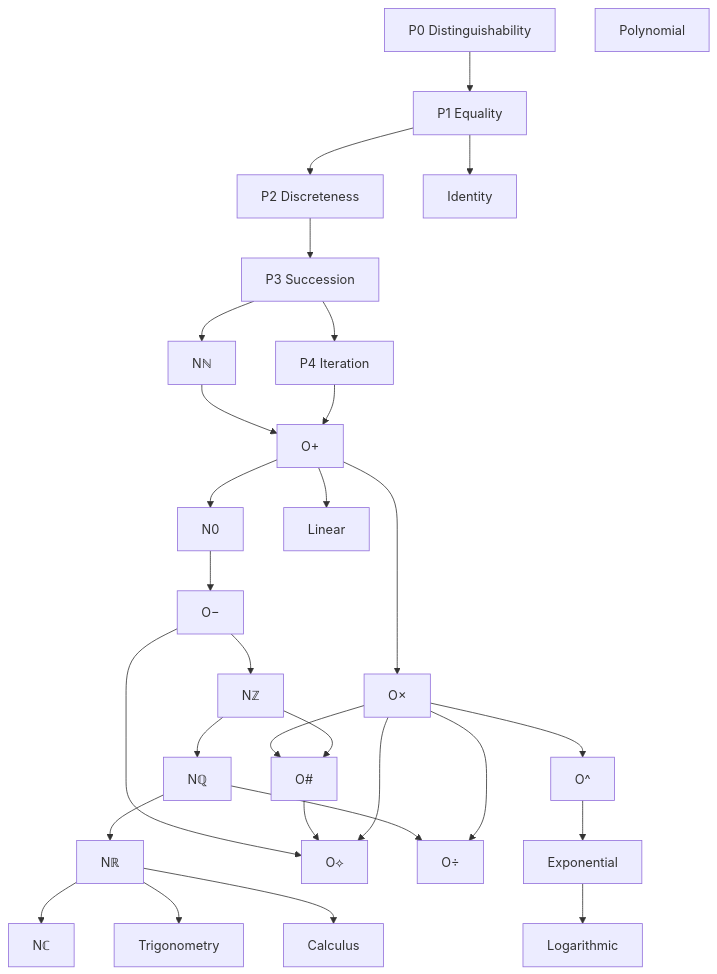
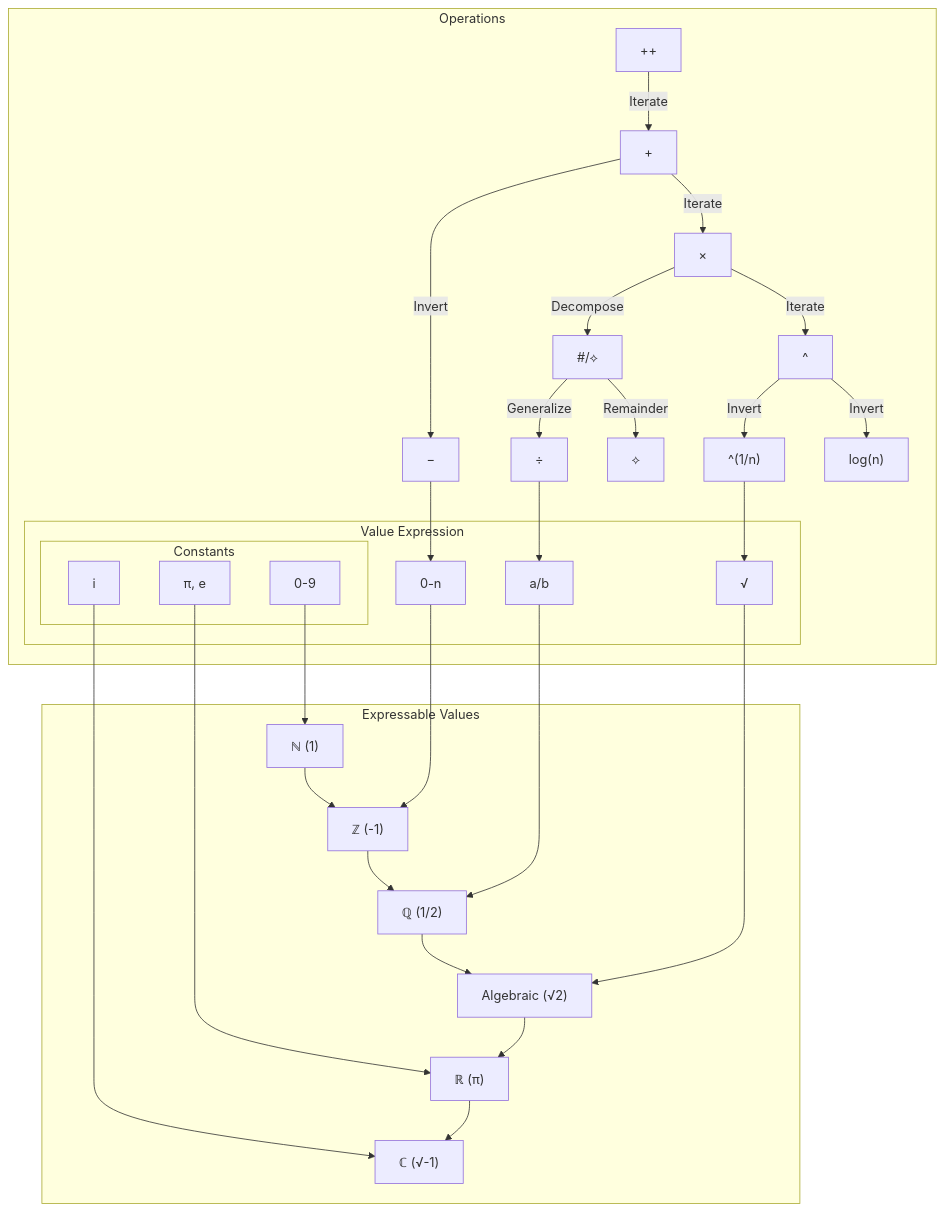
The diagram in design_refs/dependency_map.mmd (Gammapod/AutoCalc), drawn with Mermaid before and after one commit. The commit also changed 6 other files, not shown here.

```diff
--- a/design_refs/dependency_map.mmd
+++ b/design_refs/dependency_map.mmd
@@ -1,74 +1,67 @@
 flowchart TD
 
-%% =========================
-%% FOUNDATIONS
-%% =========================
-P0["P0 Distinguishability"]
-P1["P1 Equality"]
-P2["P2 Discreteness"]
-P3["P3 Succession"]
-P4["P4 Iteration"]
 
-P0 --> P1 --> P2 --> P3 --> P4
 
-%% =========================
-%% NUMBER SYSTEMS
-%% =========================
-NN["Nℕ"]
-N0["N0"]
-NZ["Nℤ"]
-NQ["Nℚ"]
-NR["Nℝ"]
-NC["Nℂ"]
+subgraph Operations ["Operations"]
+    Oinc["++"]
+    Oplus["+"]
+    Ominus["−"]
+    Omul["×"]
+    Odiv["÷"]
+    Opow["^"]
+    Oeudiv["#/⟡"]
+    Omod["⟡"]
+    Olog["log(n)"]
+    Oroot["^(1/n)"]
+    
+    subgraph Inputs ["Value Expression"]
+        Ineg["0-n"]
+        Ifrac["a/b"]
+        Iroot["√"]
+    
+        subgraph Constants ["Constants"]
+            Iim["i"]
+            Ireal["π, e"]
+            Idigits["0-9"]
+        end
+    end
 
-Ominus --> NZ
-P3 --> NN --> Oplus --> N0
+    Oinc -->|Iterate| Oplus
 
-NZ --> NQ
+    Oplus -->|Invert| Ominus
+    Oplus -->|Iterate| Omul
 
-NQ --> NR
-NR --> NC
+    Omul -->|Decompose| Oeudiv
+    Omul -->|Iterate| Opow
+    
+    Oeudiv -->|Generalize| Odiv
+    Oeudiv -->|Remainder| Omod
 
-%% =========================
-%% OPERATIONS
-%% =========================
-Oplus["O+"]
-Ominus["O−"]
-Omul["O×"]
-Opow["O^"]
-Oeudiv["O#"]
-Omod["O⟡"]
-Odiv["O÷"]
+    Opow -->|Invert| Oroot
+    Opow -->|Invert| Olog
+end
 
-P4 --> Oplus
+subgraph Expressable ["Expressable Values"]
+    NN["ℕ (1)"]
+    NZ["ℤ (-1)"]
+    NQ["ℚ (1/2)"]
+    NA["Algebraic (√2)"]
+    NR["ℝ (π)"]
+    NC["ℂ (√-1)"]
+end
 
-N0 --> Ominus
+    NN --> NZ --> NQ --> NA --> NR --> NC
+    
+    Idigits --> NN
+    
+    Ineg --> NZ
+    Ominus --> Ineg
+    Odiv --> Ifrac
+    Oroot --> Iroot
+    
+    Ifrac --> NQ
+    
+    Iroot --> NA
+    Ireal --> NR
 
-Oplus --> Omul --> Opow --> Fexp --> Flog
-
-Omul --> Oeudiv
-NQ --> Odiv
-
-NZ --> Oeudiv
-Omul --> Odiv
-
-Ominus --> Omod
-Oeudiv --> Omod
-Omul --> Omod
-
-%% =========================
-%% FUNCTIONS
-%% =========================
-Fid["Identity"]
-Flin["Linear"]
-Fpoly["Polynomial"]
-Fexp["Exponential"]
-Flog["Logarithmic"]
-Ftrig["Trigonometry"]
-Fcalc["Calculus"]
-
-P1--> Fid
-Oplus --> Flin
-
-NR --> Ftrig
-NR --> Fcalc
+    Iim --> NC
```
